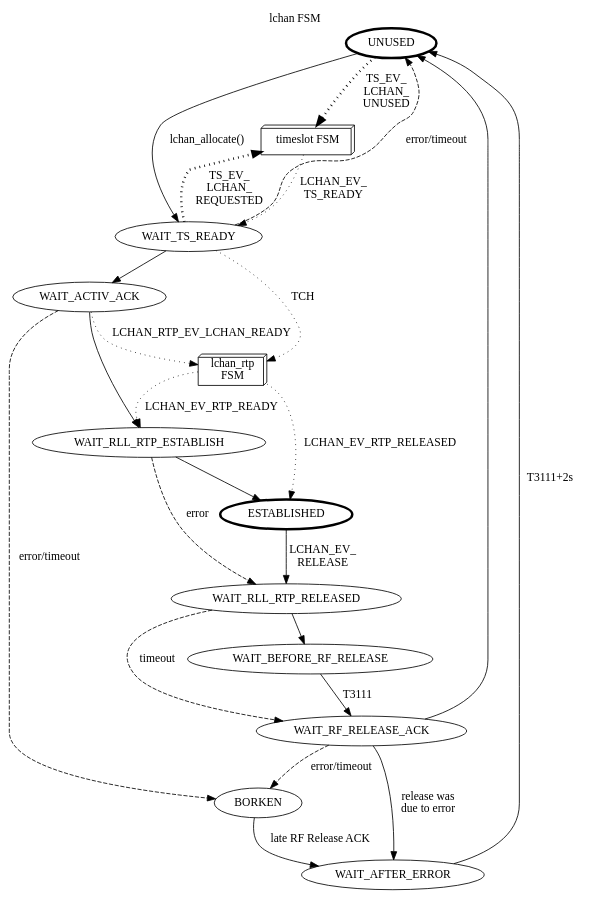
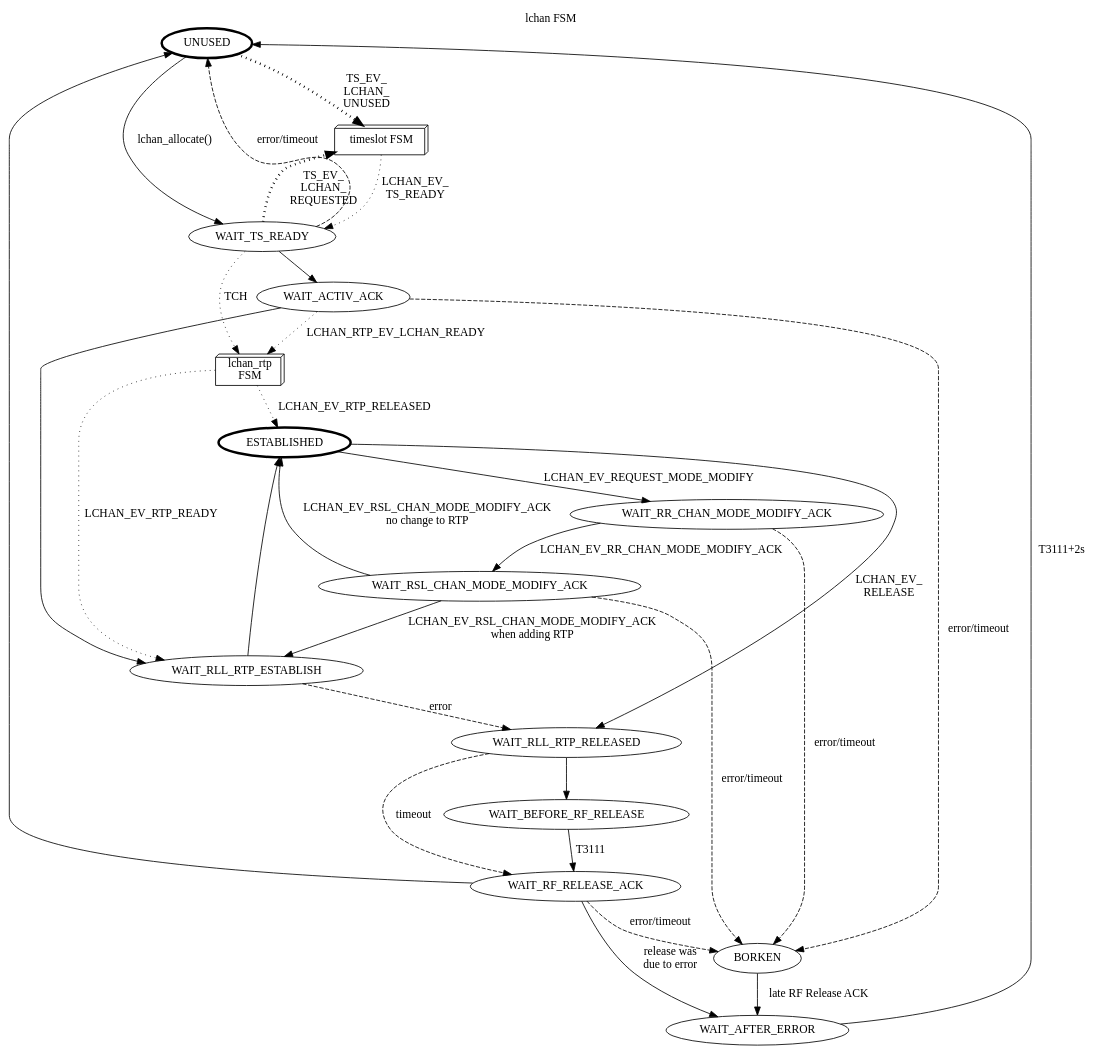
Before and after one commit to osmocom/osmo-bsc: the diagram in doc/lchan-fsm.dot, drawn with Graphviz. The commit also changed 9 other files, not shown here.

First line of the commit message:
lchan_fsm: make rsl mode-modify working again

```diff
--- a/doc/lchan-fsm.dot
+++ b/doc/lchan-fsm.dot
@@ -1,41 +1,47 @@
 digraph G {
 rankdir=TB
 labelloc=t; label="lchan FSM"
 	
 	invisible [style="invisible"]
 	UNUSED [penwidth=3.0]
 	ESTABLISHED [penwidth=3.0]
 	
 	ts [label="timeslot FSM",shape=box3d]
 	rtp [label="lchan_rtp\nFSM",shape=box3d]
 
 	UNUSED -> WAIT_TS_READY [label="lchan_allocate()"]
 	WAIT_TS_READY -> WAIT_ACTIV_ACK
 	WAIT_ACTIV_ACK -> WAIT_RLL_RTP_ESTABLISH
 	WAIT_RLL_RTP_ESTABLISH -> ESTABLISHED
 
 	ESTABLISHED -> WAIT_RLL_RTP_RELEASED [label="LCHAN_EV_\nRELEASE"]
 	WAIT_RLL_RTP_RELEASED -> WAIT_BEFORE_RF_RELEASE
 	WAIT_RLL_RTP_RELEASED -> WAIT_RF_RELEASE_ACK [label="timeout",style=dashed,constraint=false]
 
 	WAIT_BEFORE_RF_RELEASE -> WAIT_RF_RELEASE_ACK [label="T3111"]
 	WAIT_RF_RELEASE_ACK -> UNUSED
 	WAIT_RF_RELEASE_ACK -> WAIT_AFTER_ERROR [label="release was\ndue to error"]
 	WAIT_AFTER_ERROR -> UNUSED [label="T3111+2s"]
 
 	WAIT_TS_READY -> ts [label="TS_EV_\nLCHAN_\nREQUESTED",style=dotted,penwidth=3]
 	UNUSED -> ts [label="TS_EV_\nLCHAN_\nUNUSED",style=dotted,penwidth=3]
 	ts -> WAIT_TS_READY [label="LCHAN_EV_\nTS_READY",style=dotted]
 
 	WAIT_TS_READY -> rtp [label="TCH",style=dotted]
 
 	WAIT_TS_READY -> UNUSED [label="error/timeout",style=dashed,constraint=false]
 	{WAIT_ACTIV_ACK,WAIT_RF_RELEASE_ACK} -> BORKEN [label="error/timeout",style=dashed]
 	BORKEN -> WAIT_AFTER_ERROR [label="late RF Release ACK"]
 	WAIT_RLL_RTP_ESTABLISH -> WAIT_RLL_RTP_RELEASED [label=error,style=dashed]
 
 	WAIT_ACTIV_ACK -> rtp [label="LCHAN_RTP_EV_LCHAN_READY",style=dotted]
 	rtp -> WAIT_RLL_RTP_ESTABLISH [label="LCHAN_EV_RTP_READY",style=dotted]
 	rtp -> ESTABLISHED [label="LCHAN_EV_RTP_RELEASED",style=dotted]
 
+	ESTABLISHED -> WAIT_RR_CHAN_MODE_MODIFY_ACK [label="LCHAN_EV_REQUEST_MODE_MODIFY"]
+	WAIT_RR_CHAN_MODE_MODIFY_ACK -> WAIT_RSL_CHAN_MODE_MODIFY_ACK [label="LCHAN_EV_RR_CHAN_MODE_MODIFY_ACK"]
+	WAIT_RSL_CHAN_MODE_MODIFY_ACK -> WAIT_RLL_RTP_ESTABLISH [label="LCHAN_EV_RSL_CHAN_MODE_MODIFY_ACK\nwhen adding RTP"]
+	WAIT_RSL_CHAN_MODE_MODIFY_ACK -> ESTABLISHED [label="LCHAN_EV_RSL_CHAN_MODE_MODIFY_ACK\nno change to RTP"]
+	WAIT_RR_CHAN_MODE_MODIFY_ACK -> BORKEN [label="error/timeout",style=dashed]
+	WAIT_RSL_CHAN_MODE_MODIFY_ACK -> BORKEN [label="error/timeout",style=dashed]
 }
```
